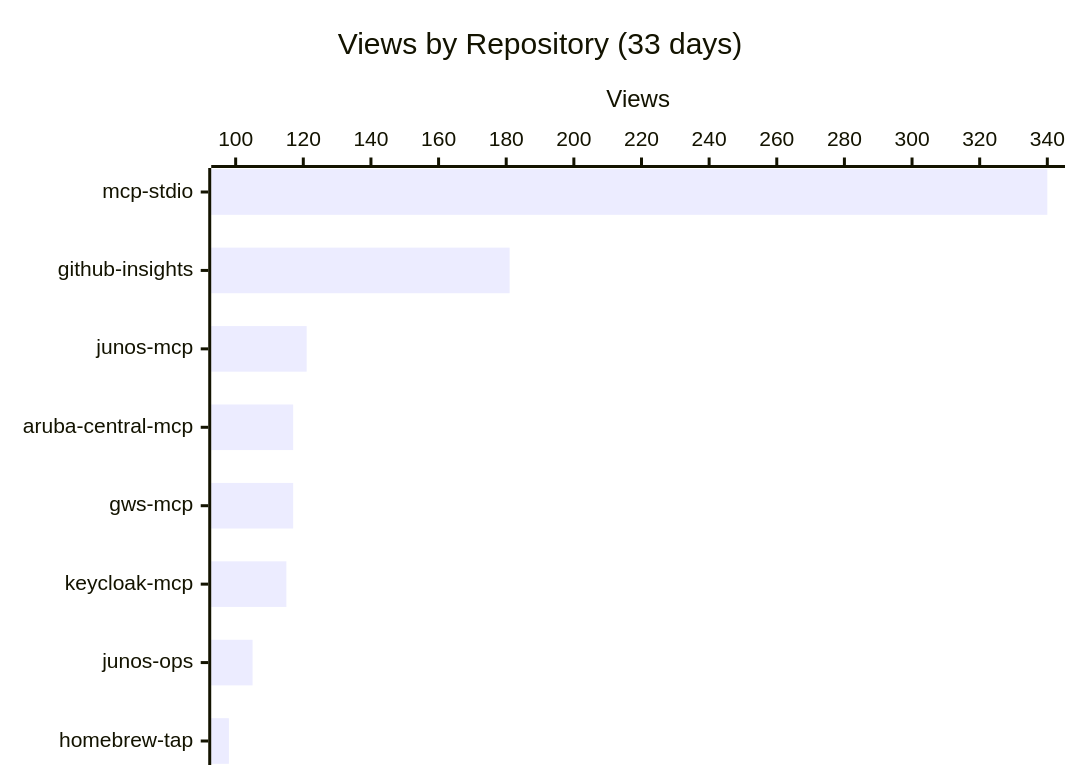
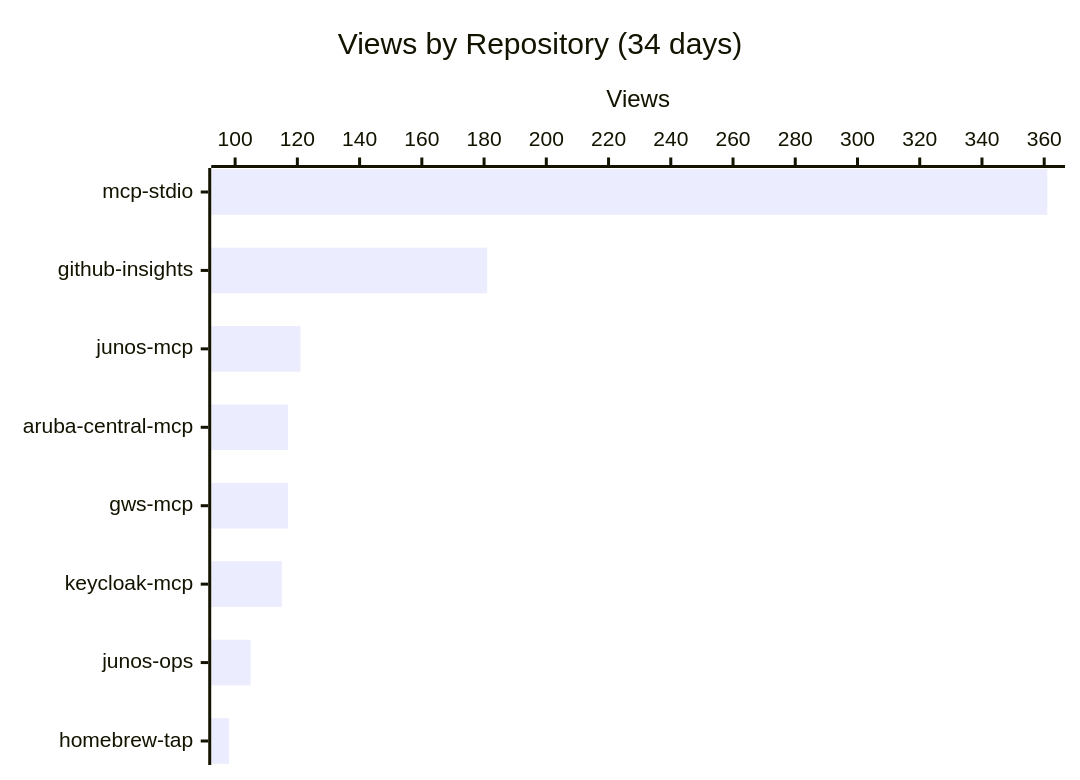
Before and after one commit to shigechika/github-insights: the first of 3 diagrams in README.md, drawn with Mermaid. The commit also changed other lines of this file and 1 other file, not shown here.

````diff
--- a/README.md
+++ b/README.md
@@ -14,7 +14,7 @@
 ```mermaid
 xychart-beta horizontal
-    title "Views by Repository (33 days)"
+    title "Views by Repository (34 days)"
     x-axis ["mcp-stdio", "github-insights", "junos-mcp", "aruba-central-mcp", "gws-mcp", "keycloak-mcp", "junos-ops", "homebrew-tap"]
     y-axis "Views"
-    bar [340, 181, 121, 117, 117, 115, 105, 98]
+    bar [361, 181, 121, 117, 117, 115, 105, 98]
 ```
````
